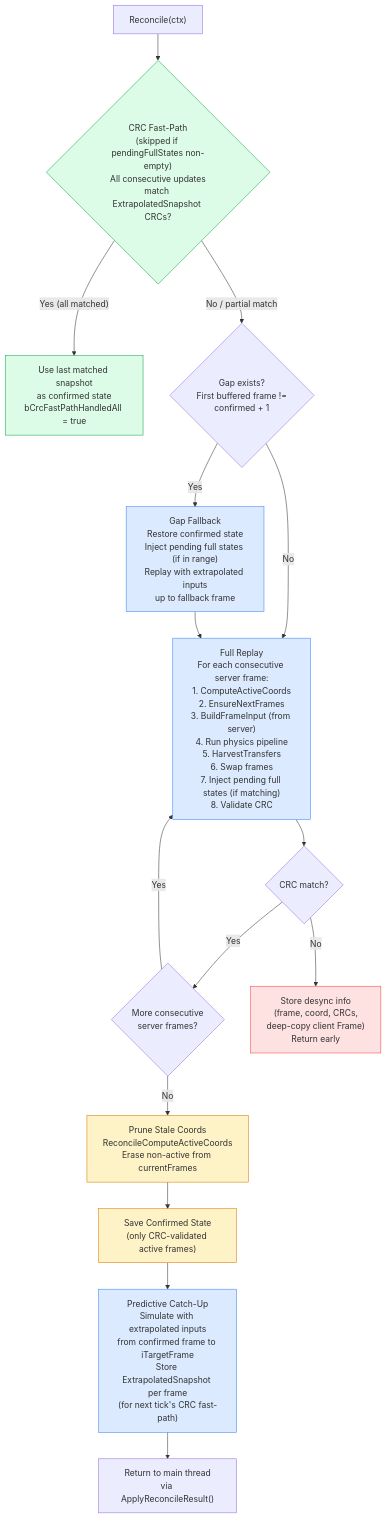
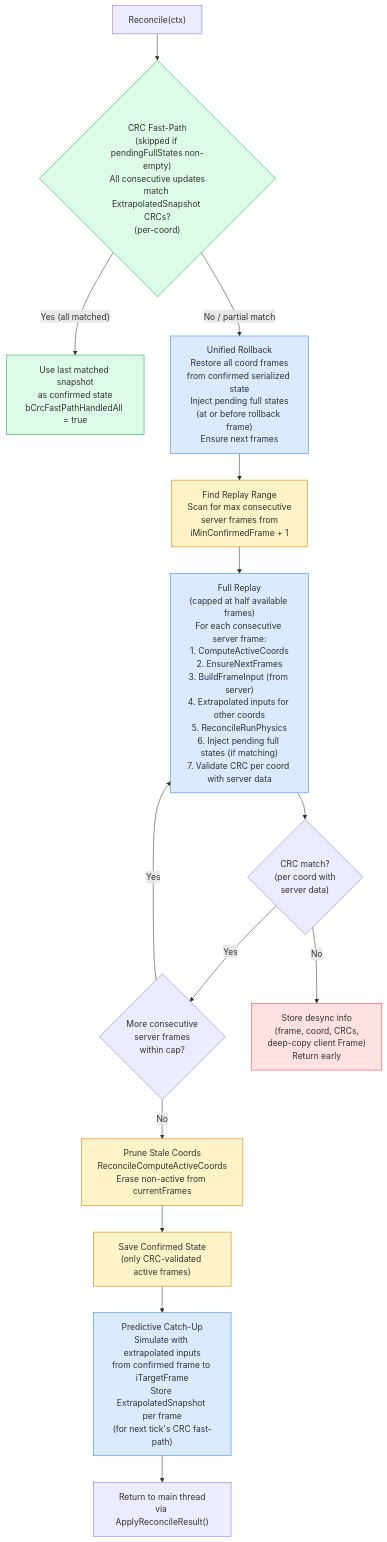
Before and after one commit to DougTanner/BrokenEnginePublic: the first of 4 diagrams in Documents/Architecture/GameReconciliation.md, drawn with Mermaid. The commit also changed other lines of this file and 23 other files, not shown here.

````diff
--- a/Documents/Architecture/GameReconciliation.md
+++ b/Documents/Architecture/GameReconciliation.md
@@ -9,37 +9,35 @@
 ```mermaid
 %%{init: {'theme': 'default'}}%%
 flowchart TD
     classDef fastpath fill:#dcfce7,stroke:#16a34a
     classDef replay fill:#dbeafe,stroke:#3b82f6
     classDef error fill:#fee2e2,stroke:#ef4444
     classDef state fill:#fef3c7,stroke:#d97706
 
     START["Reconcile(ctx)"] --> CRC
 
-    CRC{"CRC Fast-Path<br/>(skipped if pendingFullStates non-empty)<br/>All consecutive updates<br/>match ExtrapolatedSnapshot CRCs?"}:::fastpath
+    CRC{"CRC Fast-Path<br/>(skipped if pendingFullStates non-empty)<br/>All consecutive updates<br/>match ExtrapolatedSnapshot CRCs?<br/>(per-coord)"}:::fastpath
     CRC -->|"Yes (all matched)"| FASTDONE["Use last matched snapshot<br/>as confirmed state<br/>bCrcFastPathHandledAll = true"]:::fastpath
-    CRC -->|"No / partial match"| GAP
+    CRC -->|"No / partial match"| ROLLBACK
 
-    GAP{"Gap exists?<br/>First buffered frame !=<br/>confirmed + 1"}
-    GAP -->|"Yes"| GAPFB["Gap Fallback<br/>Restore confirmed state<br/>Inject pending full states (if in range)<br/>Replay with extrapolated inputs<br/>up to fallback frame"]:::replay
-    GAP -->|"No"| REPLAY
+    ROLLBACK["Unified Rollback<br/>Restore all coord frames<br/>from confirmed serialized state<br/>Inject pending full states<br/>(at or before rollback frame)<br/>Ensure next frames"]:::replay --> FINDRANGE
 
-    GAPFB --> REPLAY
+    FINDRANGE["Find Replay Range<br/>Scan for max consecutive<br/>server frames from<br/>iMinConfirmedFrame + 1"]:::state --> REPLAY
 
-    REPLAY["Full Replay<br/>For each consecutive server frame:<br/>1. ComputeActiveCoords<br/>2. EnsureNextFrames<br/>3. BuildFrameInput (from server)<br/>4. Run physics pipeline<br/>5. HarvestTransfers<br/>6. Swap frames<br/>7. Inject pending full states (if matching)<br/>8. Validate CRC"]:::replay
+    REPLAY["Full Replay<br/>(capped at half available frames)<br/>For each consecutive server frame:<br/>1. ComputeActiveCoords<br/>2. EnsureNextFrames<br/>3. BuildFrameInput (from server)<br/>4. Extrapolated inputs for other coords<br/>5. ReconcileRunPhysics<br/>6. Inject pending full states (if matching)<br/>7. Validate CRC per coord with server data"]:::replay
 
-    REPLAY --> CRCCHECK{"CRC match?"}
-    CRCCHECK -->|"Yes"| NEXTSRV{"More consecutive<br/>server frames?"}
+    REPLAY --> CRCCHECK{"CRC match?<br/>(per coord with<br/>server data)"}
+    CRCCHECK -->|"Yes"| NEXTSRV{"More consecutive<br/>server frames<br/>within cap?"}
     CRCCHECK -->|"No"| DESYNC["Store desync info<br/>(frame, coord, CRCs,<br/>deep-copy client Frame)<br/>Return early"]:::error
 
     NEXTSRV -->|"Yes"| REPLAY
     NEXTSRV -->|"No"| PRUNE
 
     PRUNE["Prune Stale Coords<br/>ReconcileComputeActiveCoords<br/>Erase non-active from currentFrames"]:::state --> SAVE
 
     SAVE["Save Confirmed State<br/>(only CRC-validated active frames)"]:::state --> CATCHUP
 
     CATCHUP["Predictive Catch-Up<br/>Simulate with extrapolated inputs<br/>from confirmed frame to iTargetFrame<br/>Store ExtrapolatedSnapshot per frame<br/>(for next tick's CRC fast-path)"]:::replay
 
     CATCHUP --> DONE["Return to main thread<br/>via ApplyReconcileResult()"]
 ```
````
